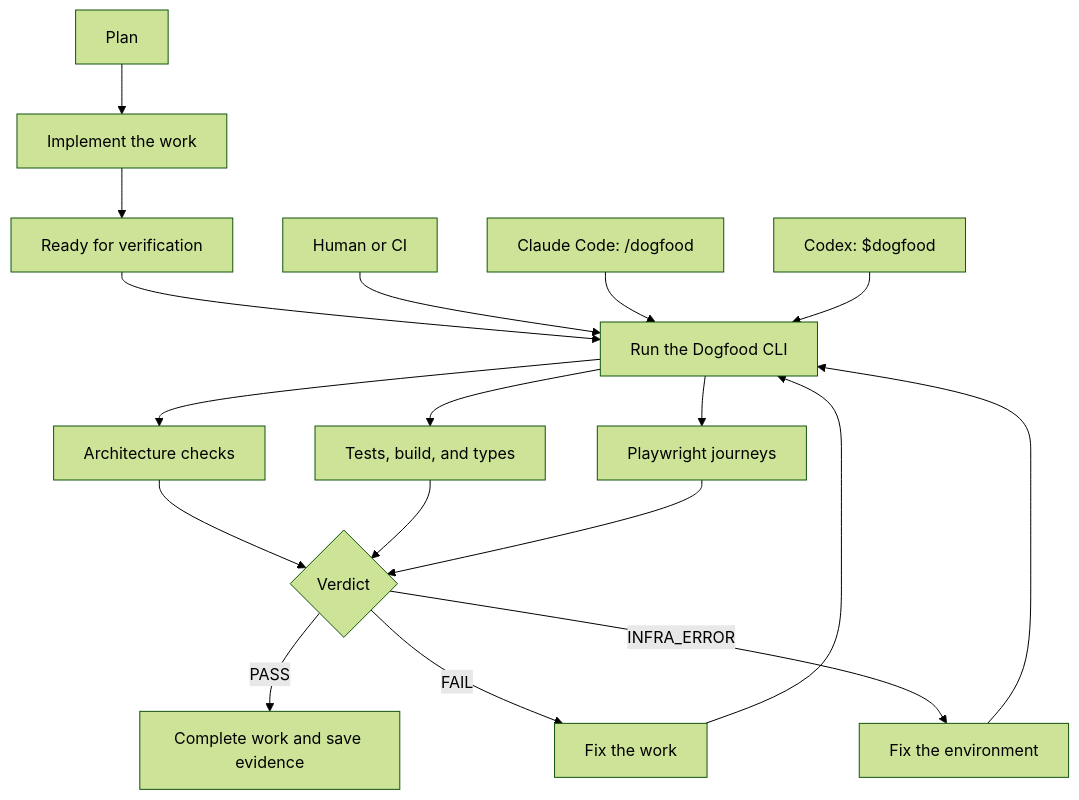
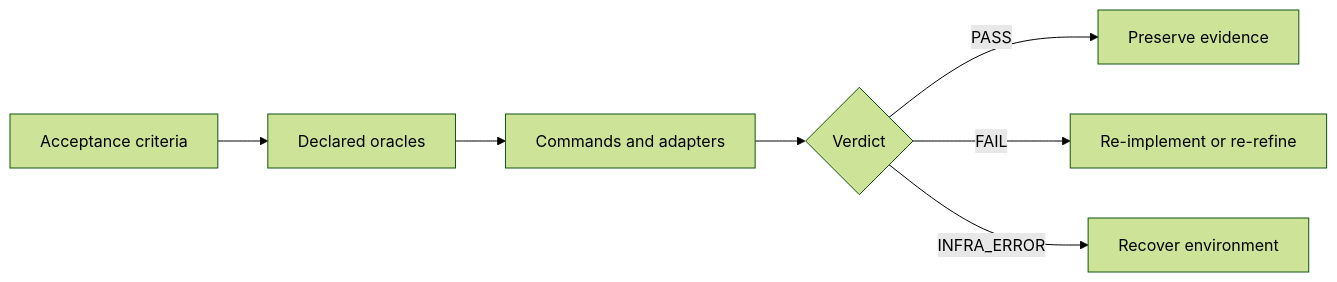
The diagram in README.md (proofofwork-agency/dogfood), drawn with Mermaid (forest theme) before and after one commit. The commit also changed other lines of this file and 15 other files, not shown here.

````diff
--- a/README.md
+++ b/README.md
@@ -5,23 +5,9 @@
 ```mermaid
-flowchart TB
-    A[Plan] --> B[Implement the work]
-    B --> C[Ready for verification]
-    C --> D[Run the Dogfood CLI]
-
-    H[Human or CI] --> D
-    CL[Claude Code: /dogfood] --> D
-    CO[Codex: $dogfood] --> D
-
-    D --> E[Architecture checks]
-    D --> F[Tests, build, and types]
-    D --> G[Playwright journeys]
-    E --> V{Verdict}
-    F --> V
-    G --> V
-
-    V -->|PASS| P[Complete work and save evidence]
-    V -->|FAIL| X[Fix the work]
-    V -->|INFRA_ERROR| Y[Fix the environment]
-    X --> D
-    Y --> D
+flowchart LR
+  A[Acceptance criteria] --> O[Declared oracles]
+  O --> C[Commands and adapters]
+  C --> V{Verdict}
+  V -->|PASS| P[Preserve evidence]
+  V -->|FAIL| F[Re-implement or re-refine]
+  V -->|INFRA_ERROR| I[Recover environment]
 ```
````
